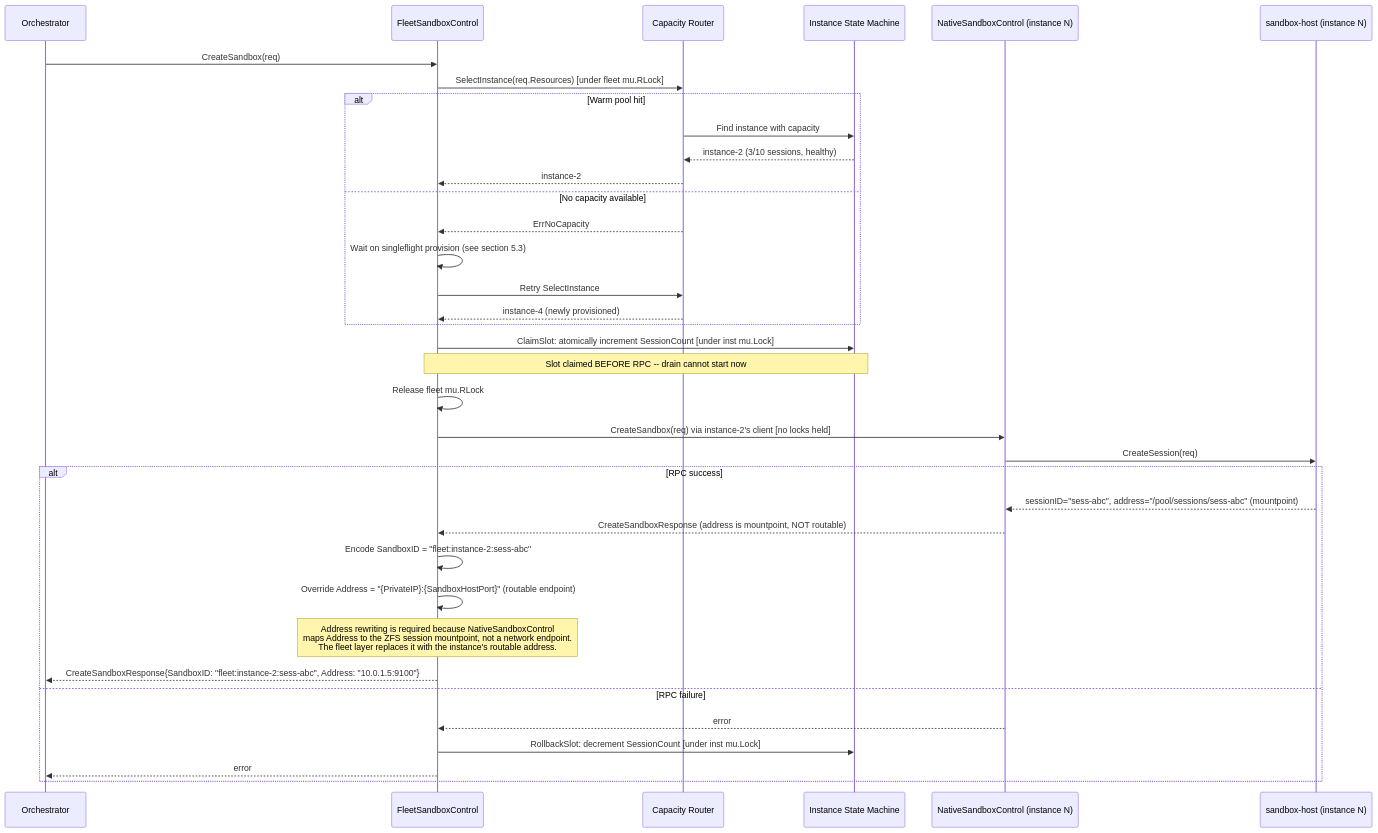
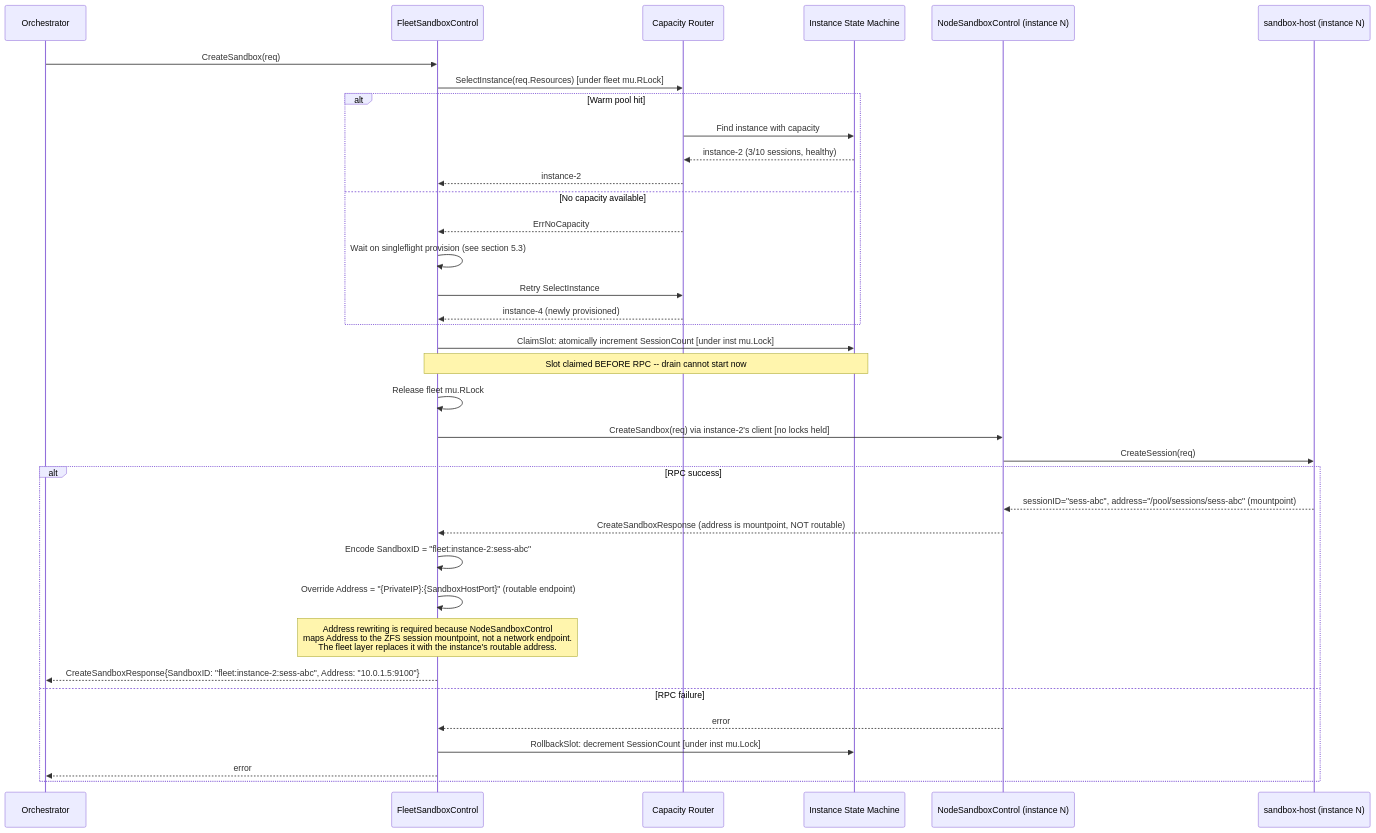
Before and after one commit to dcosson/flex-agent-runtime: the second of 4 diagrams in docs/plans/20-fleet-management.md, drawn with Mermaid. The commit also changed other lines of this file and 1 other file, not shown here.

First line of the commit message:
Incorporate R1 review feedback into plan 19, rename Native→Node

````diff
--- a/docs/plans/20-fleet-management.md
+++ b/docs/plans/20-fleet-management.md
@@ -482,43 +482,43 @@
 ```mermaid
 sequenceDiagram
     participant Caller as Orchestrator
     participant FSC as FleetSandboxControl
     participant RT as Capacity Router
     participant ISM as Instance State Machine
-    participant NSC as NativeSandboxControl (instance N)
+    participant NSC as NodeSandboxControl (instance N)
     participant SH as sandbox-host (instance N)
 
     Caller->>FSC: CreateSandbox(req)
     FSC->>RT: SelectInstance(req.Resources) [under fleet mu.RLock]
 
     alt Warm pool hit
         RT->>ISM: Find instance with capacity
         ISM-->>RT: instance-2 (3/10 sessions, healthy)
         RT-->>FSC: instance-2
     else No capacity available
         RT-->>FSC: ErrNoCapacity
         FSC->>FSC: Wait on singleflight provision (see section 5.3)
         FSC->>RT: Retry SelectInstance
         RT-->>FSC: instance-4 (newly provisioned)
     end
 
     FSC->>ISM: ClaimSlot: atomically increment SessionCount [under inst mu.Lock]
     Note over FSC,ISM: Slot claimed BEFORE RPC -- drain cannot start now
     FSC->>FSC: Release fleet mu.RLock
 
     FSC->>NSC: CreateSandbox(req) via instance-2's client [no locks held]
     NSC->>SH: CreateSession(req)
 
     alt RPC success
         SH-->>NSC: sessionID="sess-abc", address="/pool/sessions/sess-abc" (mountpoint)
         NSC-->>FSC: CreateSandboxResponse (address is mountpoint, NOT routable)
         FSC->>FSC: Encode SandboxID = "fleet:instance-2:sess-abc"
         FSC->>FSC: Override Address = "{PrivateIP}:{SandboxHostPort}" (routable endpoint)
-        Note over FSC: Address rewriting is required because NativeSandboxControl<br/>maps Address to the ZFS session mountpoint, not a network endpoint.<br/>The fleet layer replaces it with the instance's routable address.
+        Note over FSC: Address rewriting is required because NodeSandboxControl<br/>maps Address to the ZFS session mountpoint, not a network endpoint.<br/>The fleet layer replaces it with the instance's routable address.
         FSC-->>Caller: CreateSandboxResponse{SandboxID: "fleet:instance-2:sess-abc", Address: "10.0.1.5:9100"}
     else RPC failure
         NSC-->>FSC: error
         FSC->>ISM: RollbackSlot: decrement SessionCount [under inst mu.Lock]
         FSC-->>Caller: error
     end
 ```
````
